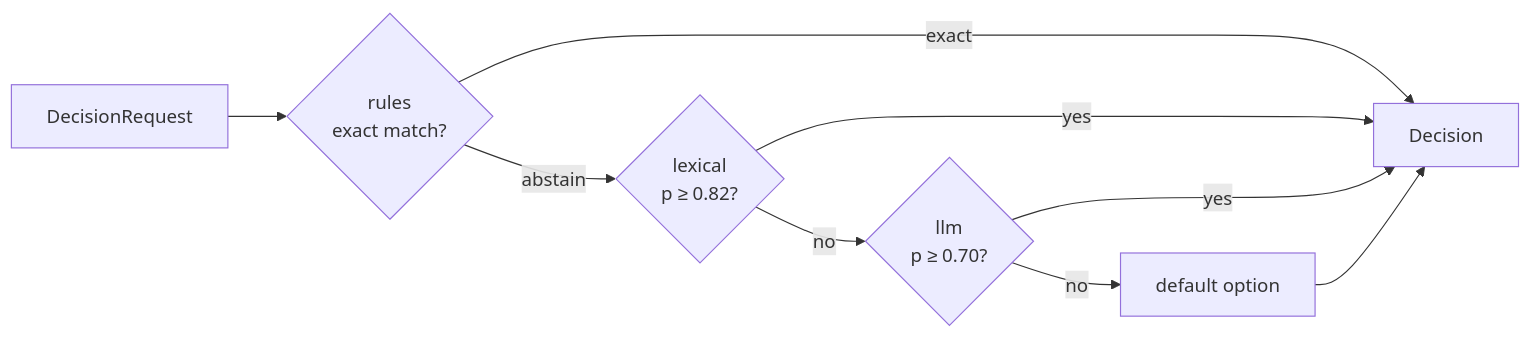
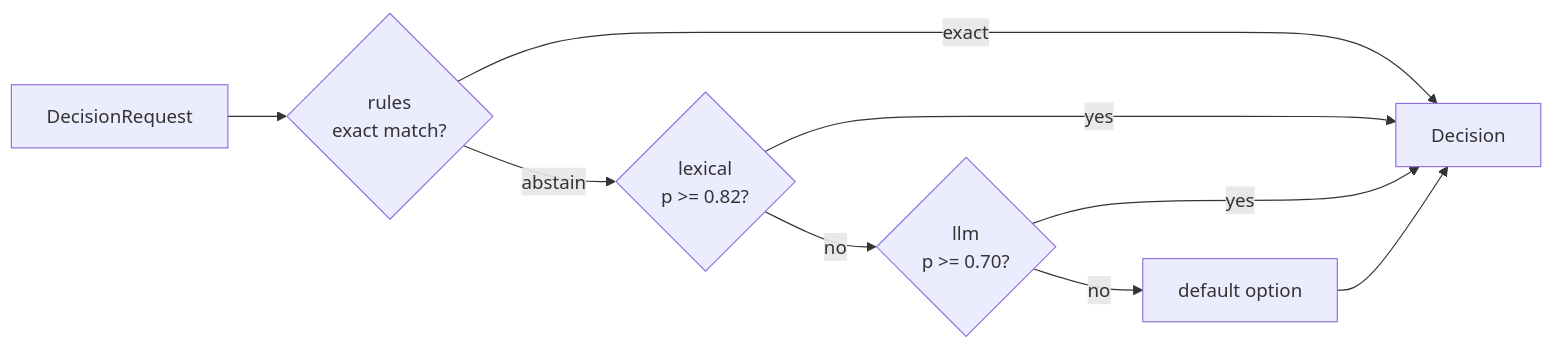
One commit to Nish459/HarnessWeaver changed diagram 12 of 14 in DESIGNS.md. Above: the diagram before and after it, drawn with Mermaid. The commit also changed other lines of this file and 75 other files, not shown here.

````diff
--- a/DESIGNS.md
+++ b/DESIGNS.md
@@ -800,10 +819,10 @@
 ```mermaid
 flowchart LR
     Q[DecisionRequest] --> R1{rules<br/>exact match?}
     R1 -- exact --> D[Decision]
-    R1 -- abstain --> R2{lexical<br/>p ≥ 0.82?}
+    R1 -- abstain --> R2{lexical<br/>p >= 0.82?}
     R2 -- yes --> D
-    R2 -- no --> R3{llm<br/>p ≥ 0.70?}
+    R2 -- no --> R3{llm<br/>p >= 0.70?}
     R3 -- yes --> D
     R3 -- no --> DF[default option] --> D
 ```
````
